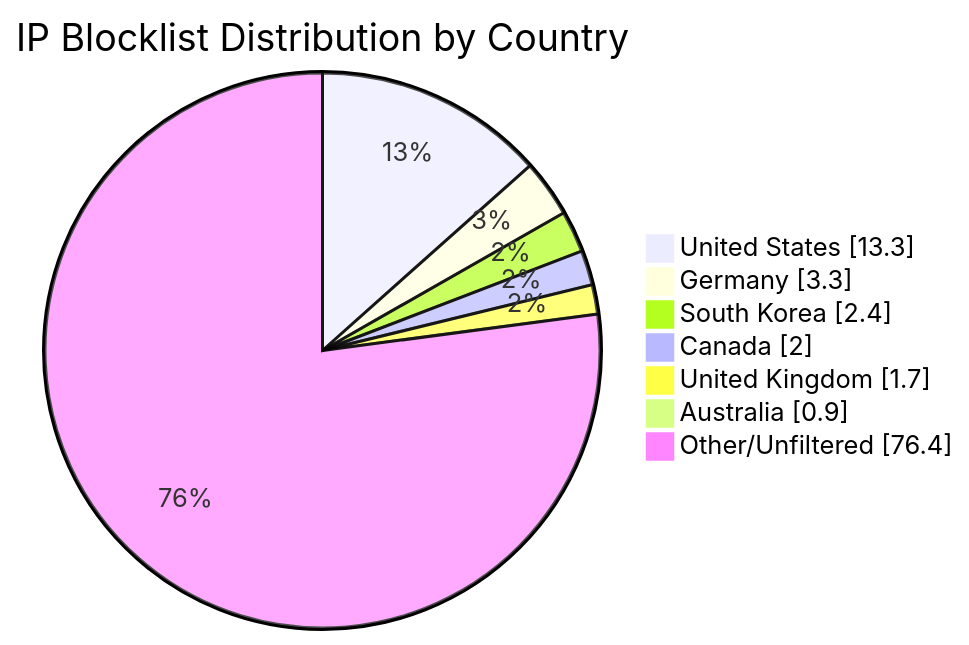
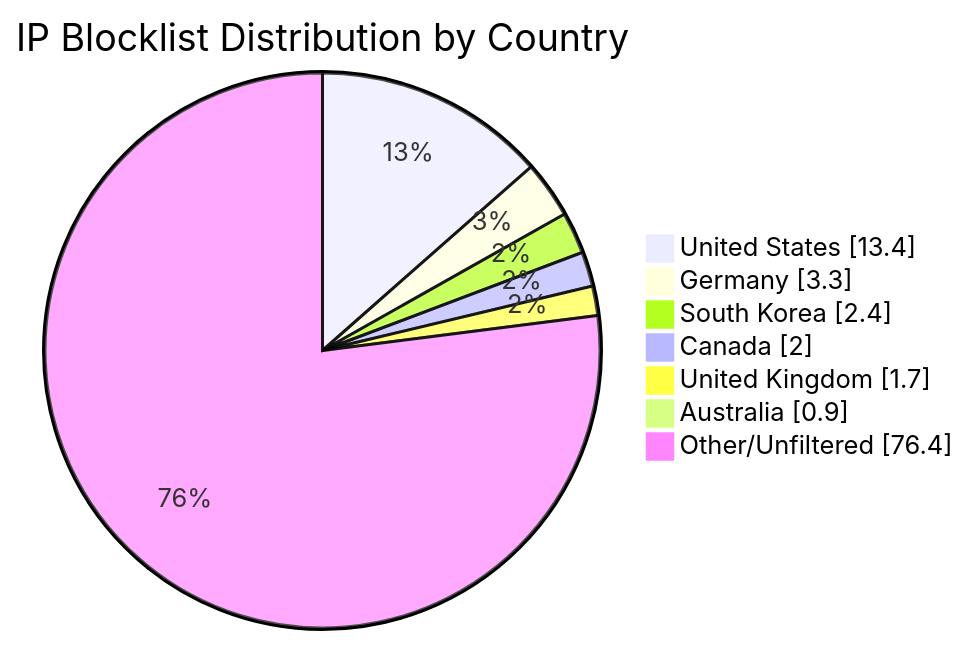
One commit to MarcusHoltz/ipblocklist-geofiltered-aggregator changed the diagram in README.md. Above: the diagram before and after it, drawn with Mermaid. The commit also changed other lines of this file and 9 other files, not shown here.

````diff
--- a/README.md
+++ b/README.md
@@ -34,10 +34,10 @@
 ```mermaid
 pie showData title IP Blocklist Distribution by Country
-"United States" : 13.3
+"United States" : 13.4
 "Germany" : 3.3
 "South Korea" : 2.4
 "Canada" : 2.0
 "United Kingdom" : 1.7
 "Australia" : 0.9
 "Other/Unfiltered" : 76.4
 ```
````
